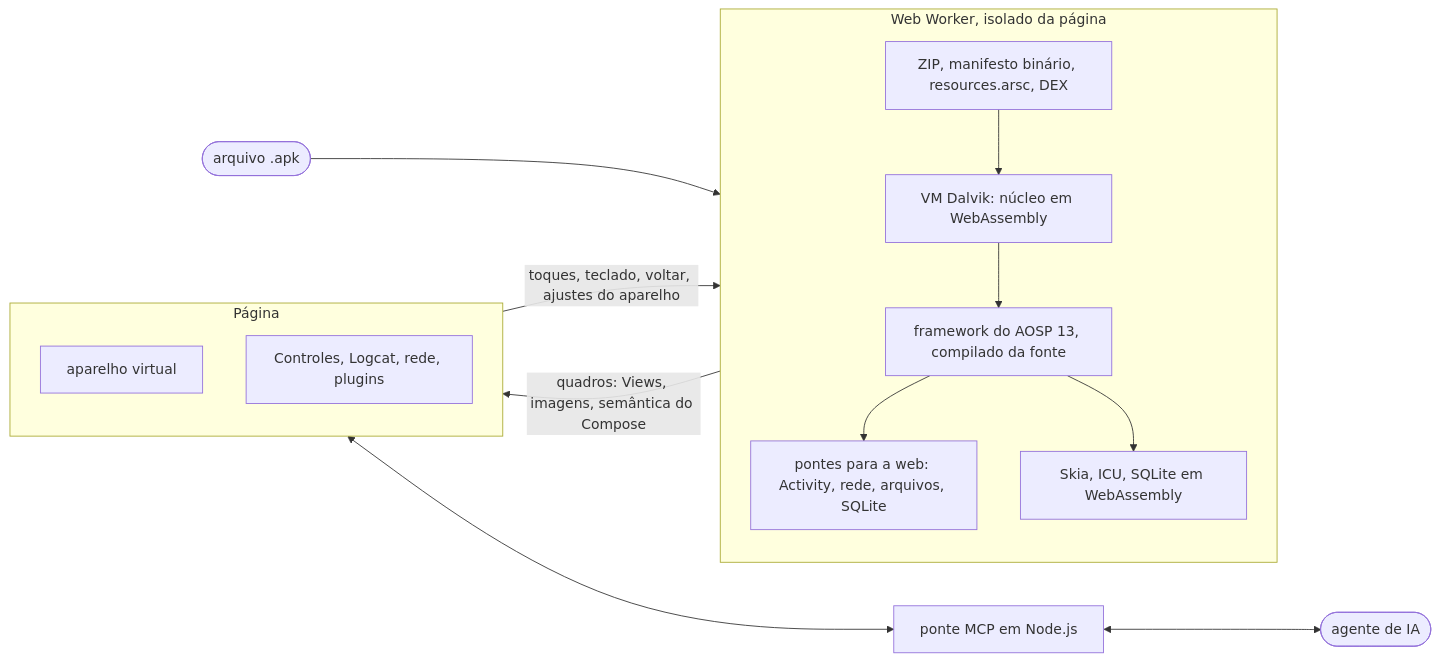
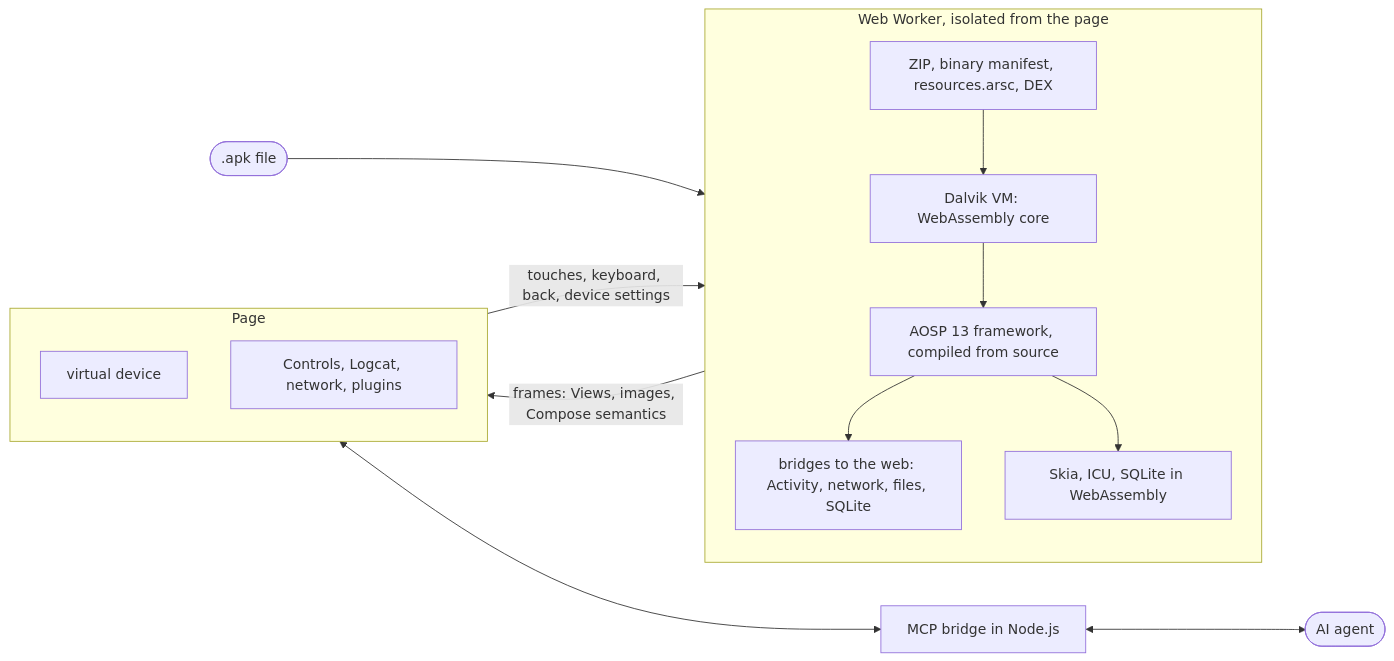
One commit to madmax-dev-br/apk-browser-lab-site changed the diagram in README.md. Above: the diagram before and after it, drawn with Mermaid. The commit also changed other lines of this file and 331 other files, not shown here.

Commit message:
The site in English; the Compose tab shows the tree first; BACK reaches popup windows; HealthStats; the relay reaches any destination

````diff
--- a/README.md
+++ b/README.md
@@ -97,22 +97,22 @@
 ```mermaid
 flowchart LR
-  apk([arquivo .apk]) --> worker
-  subgraph worker [Web Worker, isolado da página]
+  apk([.apk file]) --> worker
+  subgraph worker [Web Worker, isolated from the page]
     direction TB
-    leitor[ZIP, manifesto binário, resources.arsc, DEX]
-    vm[VM Dalvik: núcleo em WebAssembly]
-    fw[framework do AOSP 13, compilado da fonte]
-    host[pontes para a web: Activity, rede, arquivos, SQLite]
-    wasm[Skia, ICU, SQLite em WebAssembly]
-    leitor --> vm --> fw --> host
+    reader[ZIP, binary manifest, resources.arsc, DEX]
+    vm[Dalvik VM: WebAssembly core]
+    fw[AOSP 13 framework, compiled from source]
+    host[bridges to the web: Activity, network, files, SQLite]
+    wasm[Skia, ICU, SQLite in WebAssembly]
+    reader --> vm --> fw --> host
     fw --> wasm
   end
-  worker -- "quadros: Views, imagens, semântica do Compose" --> pagina
-  pagina -- "toques, teclado, voltar, ajustes do aparelho" --> worker
-  subgraph pagina [Página]
+  worker -- "frames: Views, images, Compose semantics" --> page
+  page -- "touches, keyboard, back, device settings" --> worker
+  subgraph page [Page]
     direction TB
-    tela[aparelho virtual]
-    paineis[Controles, Logcat, rede, plugins]
+    screen[virtual device]
+    panels[Controls, Logcat, network, plugins]
   end
-  pagina <--> ponte[ponte MCP em Node.js] <--> agente([agente de IA])
+  page <--> bridge[MCP bridge in Node.js] <--> agent([AI agent])
 ```
````
